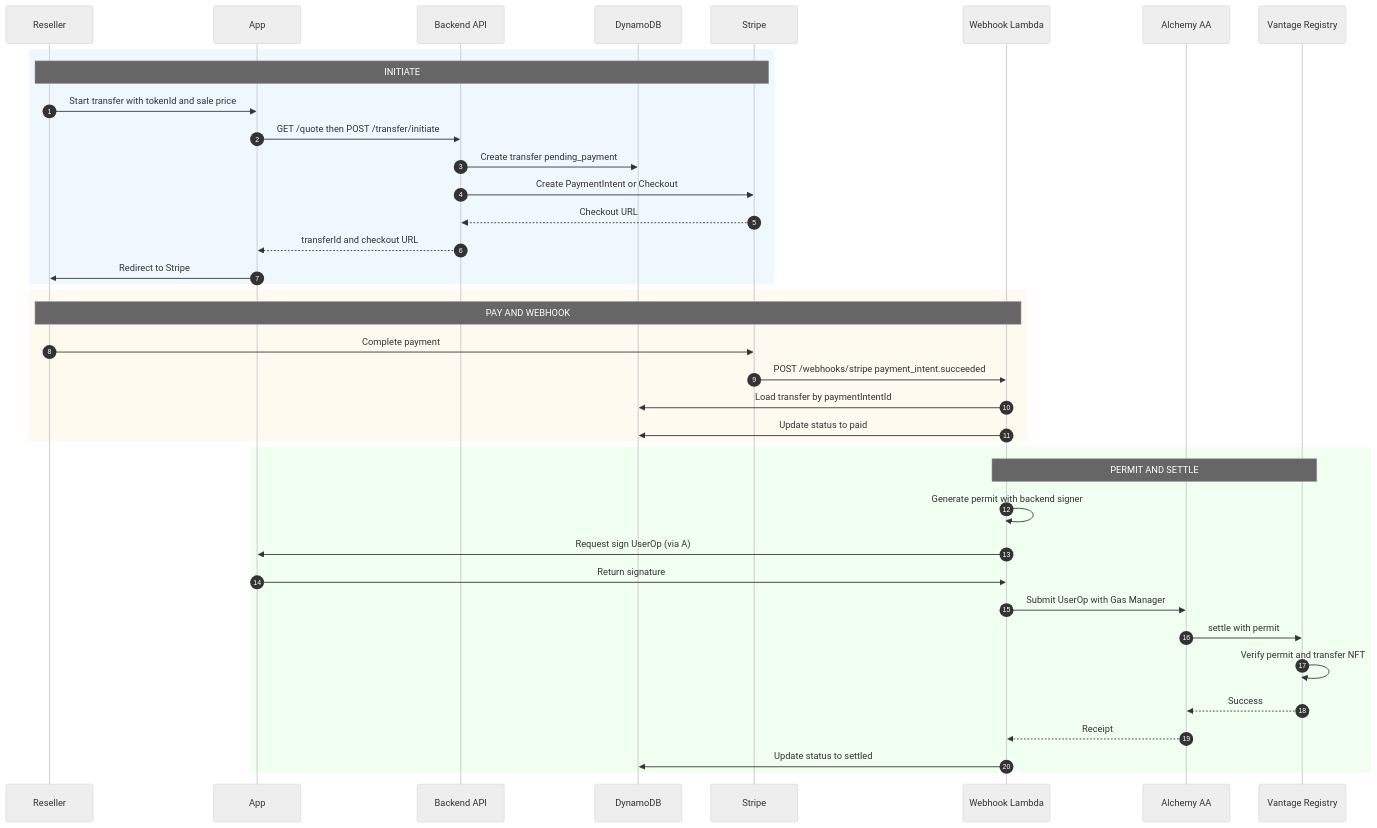
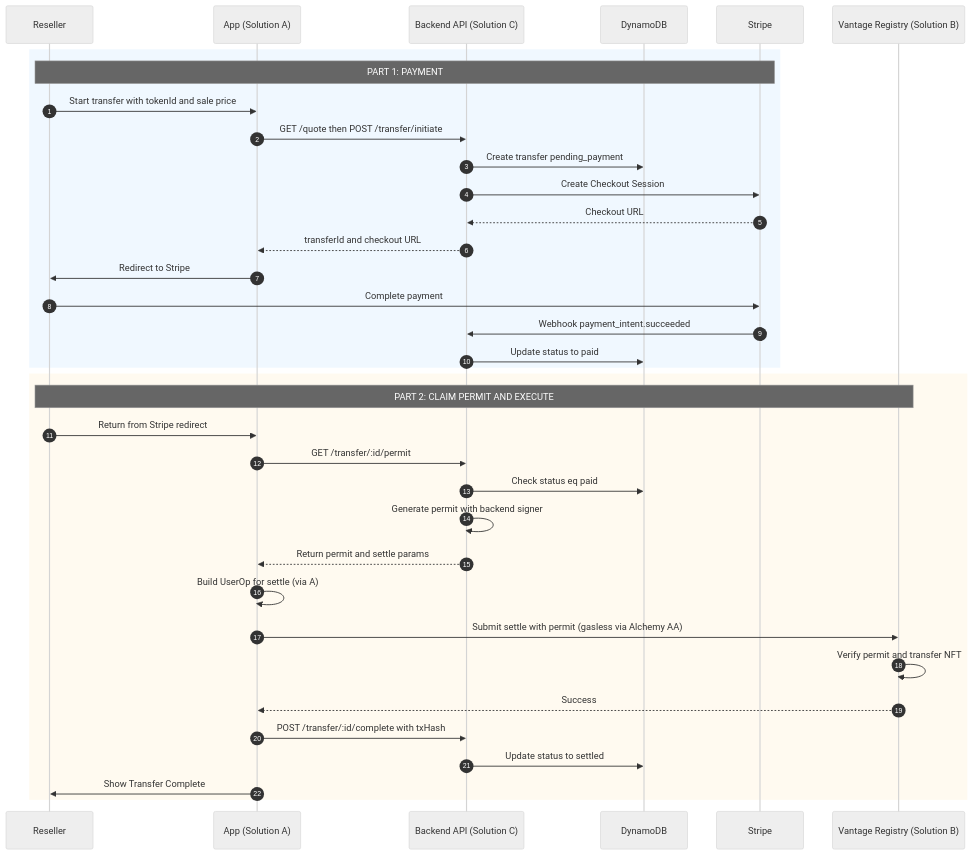
Before and after one commit to ChangoBuitrago/vantage: the diagram in docs/vantage-solution-c-settlement.md, drawn with Mermaid (neutral theme). The commit also changed other lines of this file and 2 other files, not shown here.

First line of the commit message:
Update docs to reflect Permit Vending Machine model.

````diff
--- a/docs/vantage-solution-c-settlement.md
+++ b/docs/vantage-solution-c-settlement.md
@@ -20,44 +20,40 @@
 ```mermaid
 sequenceDiagram
     autonumber
     participant R as Reseller
-    participant App as App
-    participant API as Backend API
+    participant App as App (Solution A)
+    participant API as Backend API (Solution C)
     participant DB as DynamoDB
     participant Stripe as Stripe
-    participant Webhook as Webhook Lambda
-    participant AlchemyAA as Alchemy AA
-    participant Contract as Vantage Registry
+    participant Contract as Vantage Registry (Solution B)
 
     rect rgb(240, 248, 255)
-        Note over R, Stripe: INITIATE
+        Note over R, Stripe: PART 1: PAYMENT
         R->>App: Start transfer with tokenId and sale price
         App->>API: GET /quote then POST /transfer/initiate
         API->>DB: Create transfer pending_payment
-        API->>Stripe: Create PaymentIntent or Checkout
+        API->>Stripe: Create Checkout Session
         Stripe-->>API: Checkout URL
         API-->>App: transferId and checkout URL
         App->>R: Redirect to Stripe
+        R->>Stripe: Complete payment
+        Stripe->>API: Webhook payment_intent.succeeded
+        API->>DB: Update status to paid
     end
 
     rect rgb(255, 250, 240)
-        Note over R, Webhook: PAY AND WEBHOOK
-        R->>Stripe: Complete payment
-        Stripe->>Webhook: POST /webhooks/stripe payment_intent.succeeded
-        Webhook->>DB: Load transfer by paymentIntentId
-        Webhook->>DB: Update status to paid
-    end
-
-    rect rgb(240, 255, 240)
-        Note over Webhook, Contract: PERMIT AND SETTLE
-        Webhook->>Webhook: Generate permit with backend signer
-        Webhook->>App: Request sign UserOp (via A)
-        App->>Webhook: Return signature
-        Webhook->>AlchemyAA: Submit UserOp with Gas Manager
-        AlchemyAA->>Contract: settle with permit
+        Note over R, Contract: PART 2: CLAIM PERMIT AND EXECUTE
+        R->>App: Return from Stripe redirect
+        App->>API: GET /transfer/:id/permit
+        API->>DB: Check status eq paid
+        API->>API: Generate permit with backend signer
+        API-->>App: Return permit and settle params
+        App->>App: Build UserOp for settle (via A)
+        App->>Contract: Submit settle with permit (gasless via Alchemy AA)
         Contract->>Contract: Verify permit and transfer NFT
-        Contract-->>AlchemyAA: Success
-        AlchemyAA-->>Webhook: Receipt
-        Webhook->>DB: Update status to settled
+        Contract-->>App: Success
+        App->>API: POST /transfer/:id/complete with txHash
+        API->>DB: Update status to settled
+        App->>R: Show Transfer Complete
     end
 ```
````
